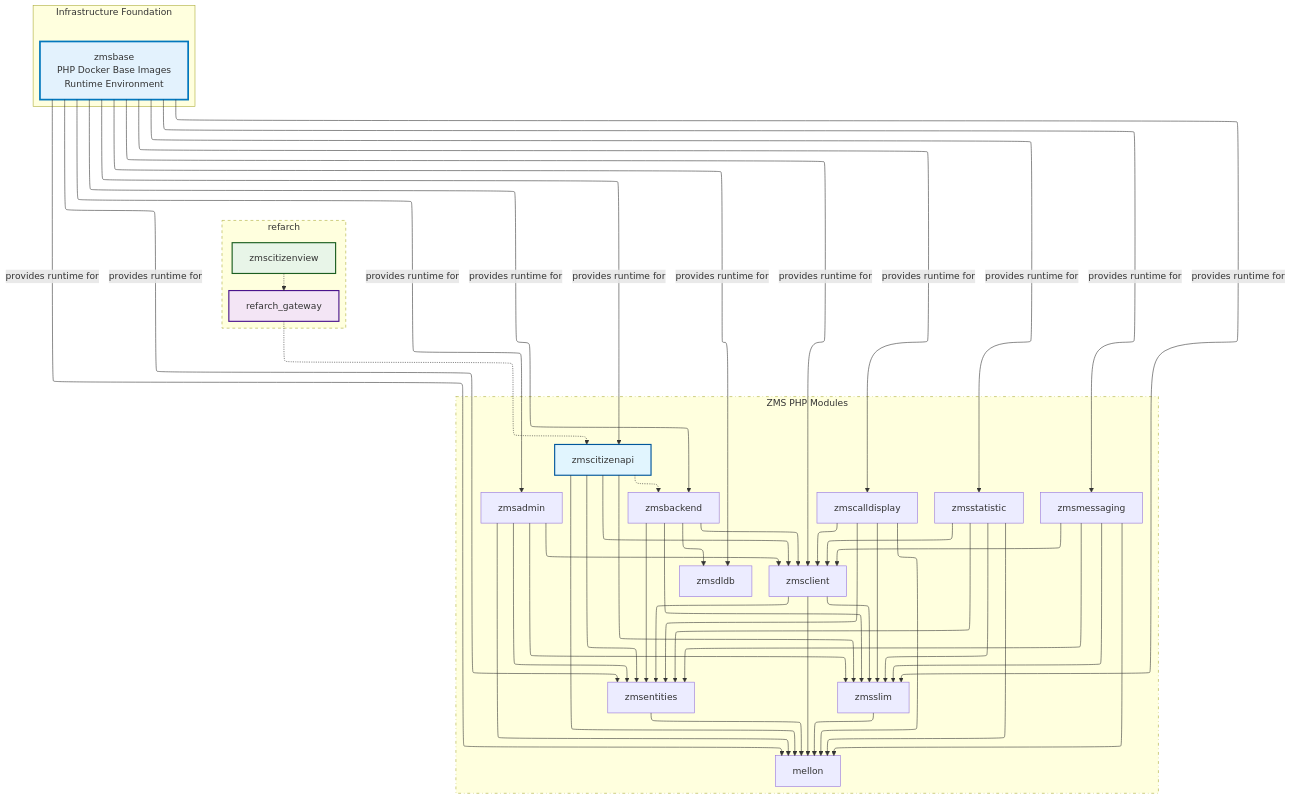
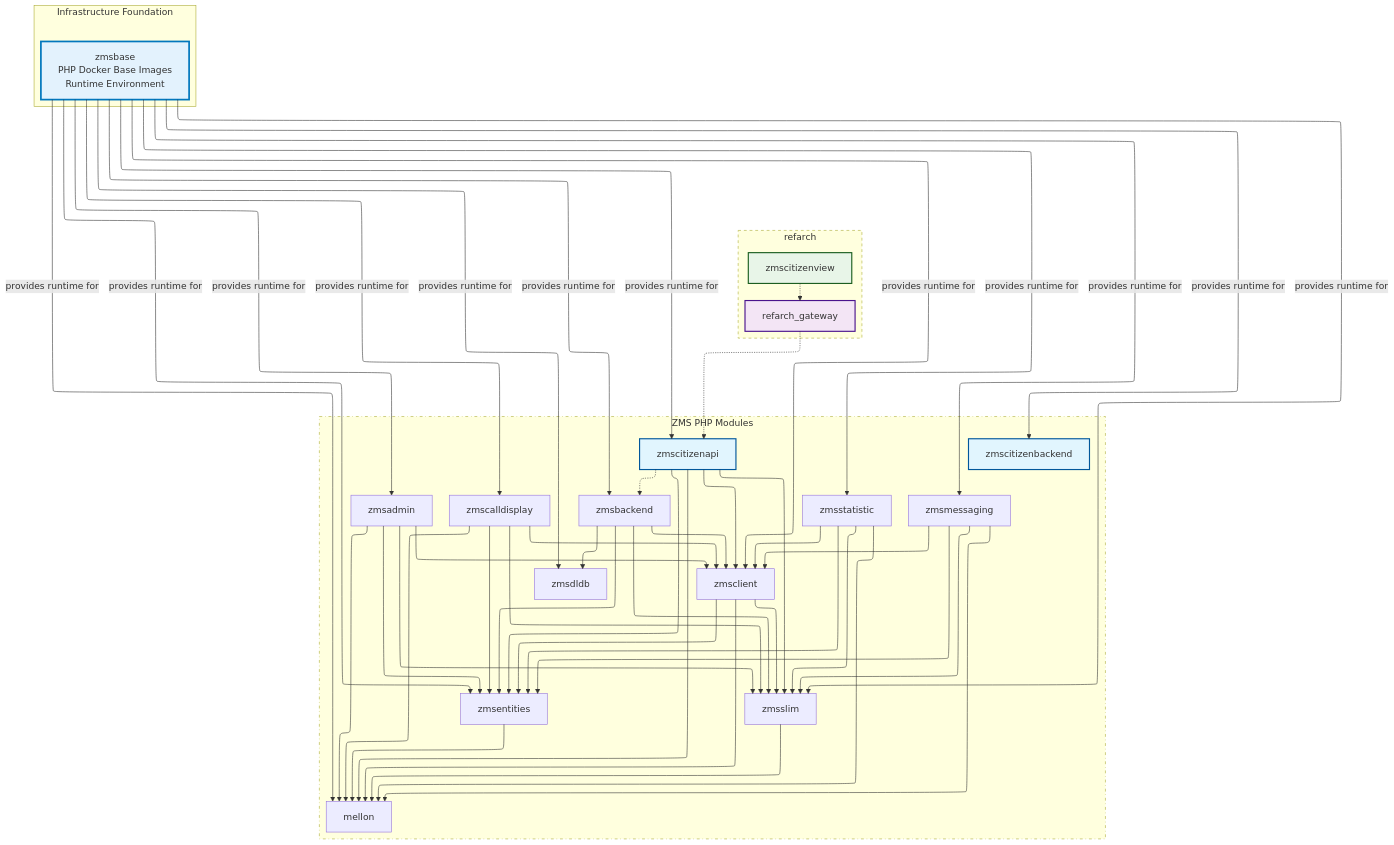
One commit to it-at-m/eappointment changed the diagram in docs/en/setup-and-development/php-base-images.md. Above: the diagram before and after it, drawn with Mermaid. The commit also changed 27 other files, not shown here.

````diff
--- a/docs/en/setup-and-development/php-base-images.md
+++ b/docs/en/setup-and-development/php-base-images.md
@@ -106,6 +106,7 @@
     PHPBASE -->|provides runtime for| zmsdldb
     PHPBASE -->|provides runtime for| mellon
     PHPBASE -->|provides runtime for| zmscitizenapi
+    PHPBASE -->|provides runtime for| zmscitizenbackend
 
     subgraph refarch["refarch"]
         style refarch stroke-dasharray:5
@@ -126,6 +127,7 @@
         zmsdldb
         mellon
         zmscitizenapi
+        zmscitizenbackend
     end
 
     classDef foundation fill:#e3f2fd,stroke:#0277bd,stroke-width:3px
@@ -135,6 +137,7 @@
 
     class PHPBASE foundation
     class zmscitizenapi citizenapi
+    class zmscitizenbackend citizenapi
     class refarch_gateway gateway
     class zmscitizenview citizenview
 ```
````
